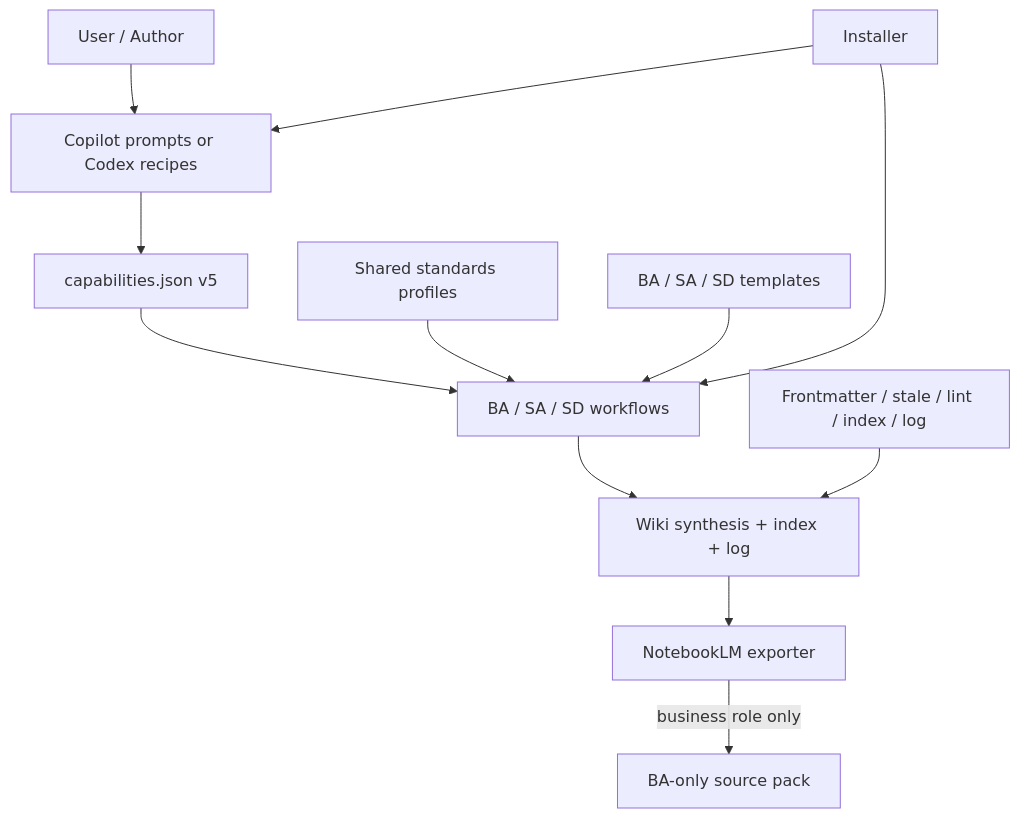
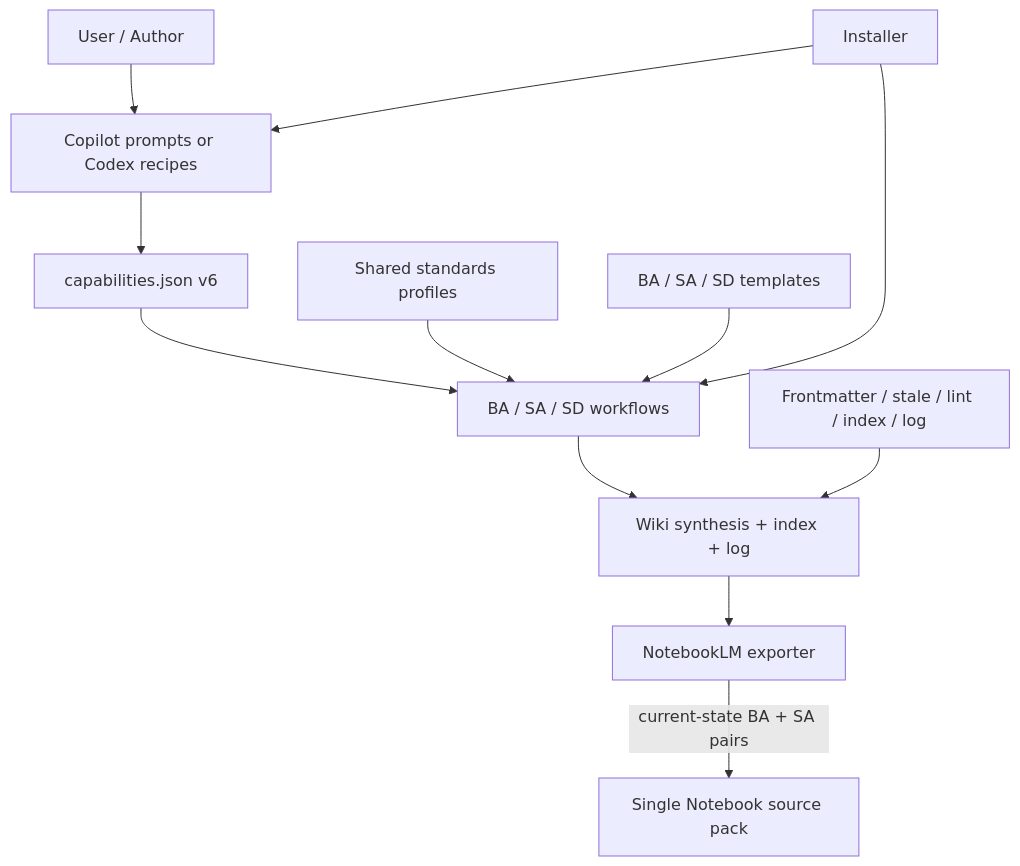
One commit to dennis8499/code-base-llm-wiki changed the first of 5 diagrams in wiki/synthesis/system-design.md. Above: the diagram before and after it, drawn with Mermaid. The commit also changed other lines of this file and 85 other files, not shown here.

````diff
--- a/wiki/synthesis/system-design.md
+++ b/wiki/synthesis/system-design.md
@@ -132,14 +132,14 @@
 ```mermaid
 flowchart TB
     User[User / Author] --> Entry[Copilot prompts or Codex recipes]
-    Entry --> Manifest[capabilities.json v5]
+    Entry --> Manifest[capabilities.json v6]
     Manifest --> Workflows[BA / SA / SD workflows]
     Standards[Shared standards profiles] --> Workflows
     Templates[BA / SA / SD templates] --> Workflows
     Workflows --> Wiki[Wiki synthesis + index + log]
     Validator[Frontmatter / stale / lint / index / log] --> Wiki
     Installer[Installer] --> Entry
     Installer --> Workflows
     Wiki --> Exporter[NotebookLM exporter]
-    Exporter -->|business role only| Pack[BA-only source pack]
+    Exporter -->|current-state BA + SA pairs| Pack[Single Notebook source pack]
 ```
````
